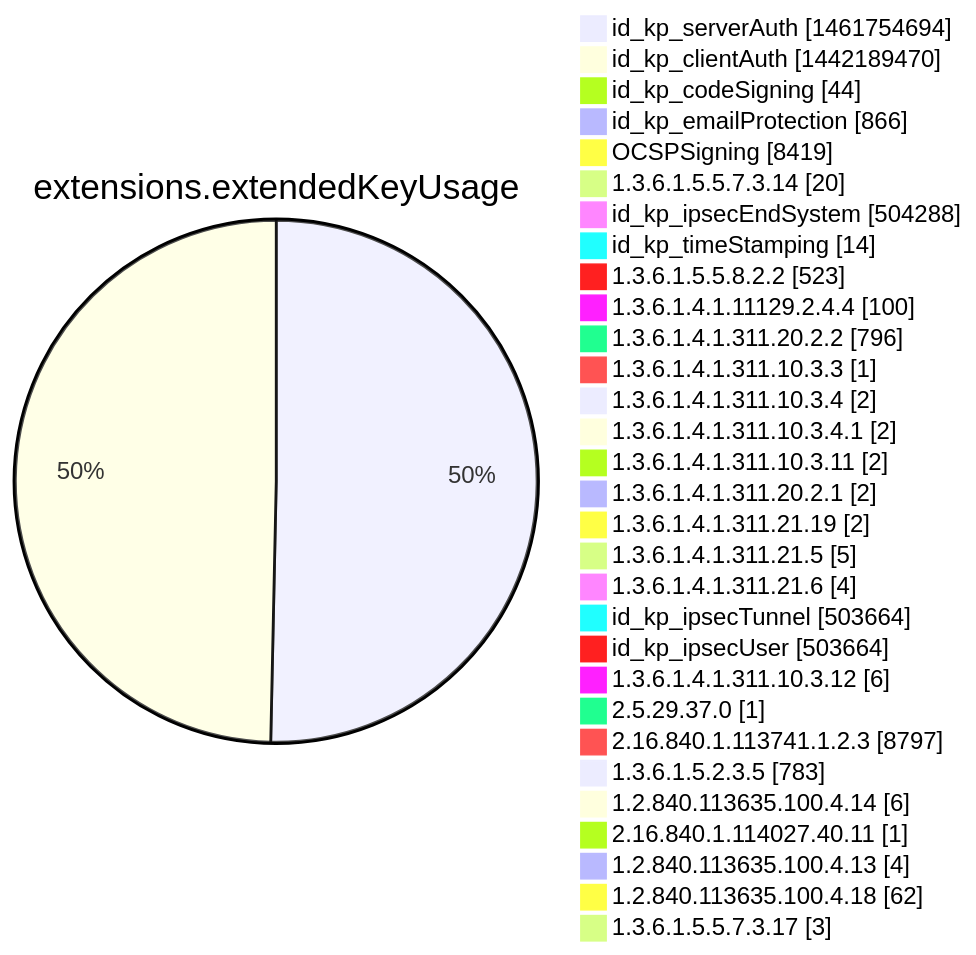
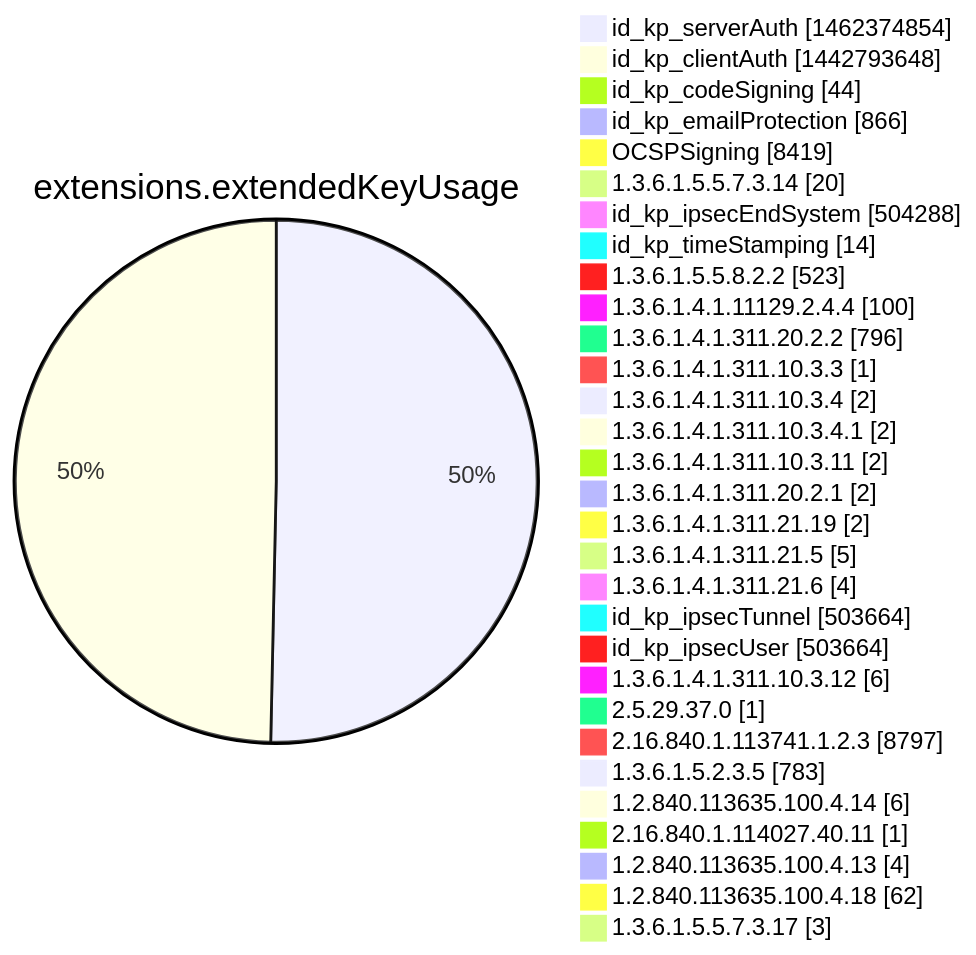
Diagram 12 of 15 in argon2022/README.md (christiankrug/ctmonitor_visualization), drawn with Mermaid before and after one commit. The commit also changed other lines of this file, not shown here.

````diff
--- a/argon2022/README.md
+++ b/argon2022/README.md
@@ -3555,34 +3555,34 @@
 ```mermaid
 pie showData
 title extensions.extendedKeyUsage
-"id_kp_serverAuth" :1461754694
-"id_kp_clientAuth" :1442189470
+"id_kp_serverAuth" :1462374854
+"id_kp_clientAuth" :1442793648
 "id_kp_codeSigning" :44
 "id_kp_emailProtection" :866
 "OCSPSigning" :8419
 "1.3.6.1.5.5.7.3.14" :20
 "id_kp_ipsecEndSystem" :504288
 "id_kp_timeStamping" :14
 "1.3.6.1.5.5.8.2.2" :523
 "1.3.6.1.4.1.11129.2.4.4" :100
 "1.3.6.1.4.1.311.20.2.2" :796
 "1.3.6.1.4.1.311.10.3.3" :1
 "1.3.6.1.4.1.311.10.3.4" :2
 "1.3.6.1.4.1.311.10.3.4.1" :2
 "1.3.6.1.4.1.311.10.3.11" :2
 "1.3.6.1.4.1.311.20.2.1" :2
 "1.3.6.1.4.1.311.21.19" :2
 "1.3.6.1.4.1.311.21.5" :5
 "1.3.6.1.4.1.311.21.6" :4
 "id_kp_ipsecTunnel" :503664
 "id_kp_ipsecUser" :503664
 "1.3.6.1.4.1.311.10.3.12" :6
 "2.5.29.37.0" :1
 "2.16.840.1.113741.1.2.3" :8797
 "1.3.6.1.5.2.3.5" :783
 "1.2.840.113635.100.4.14" :6
 "2.16.840.1.114027.40.11" :1
 "1.2.840.113635.100.4.13" :4
 "1.2.840.113635.100.4.18" :62
 "1.3.6.1.5.5.7.3.17" :3
 ```
````
